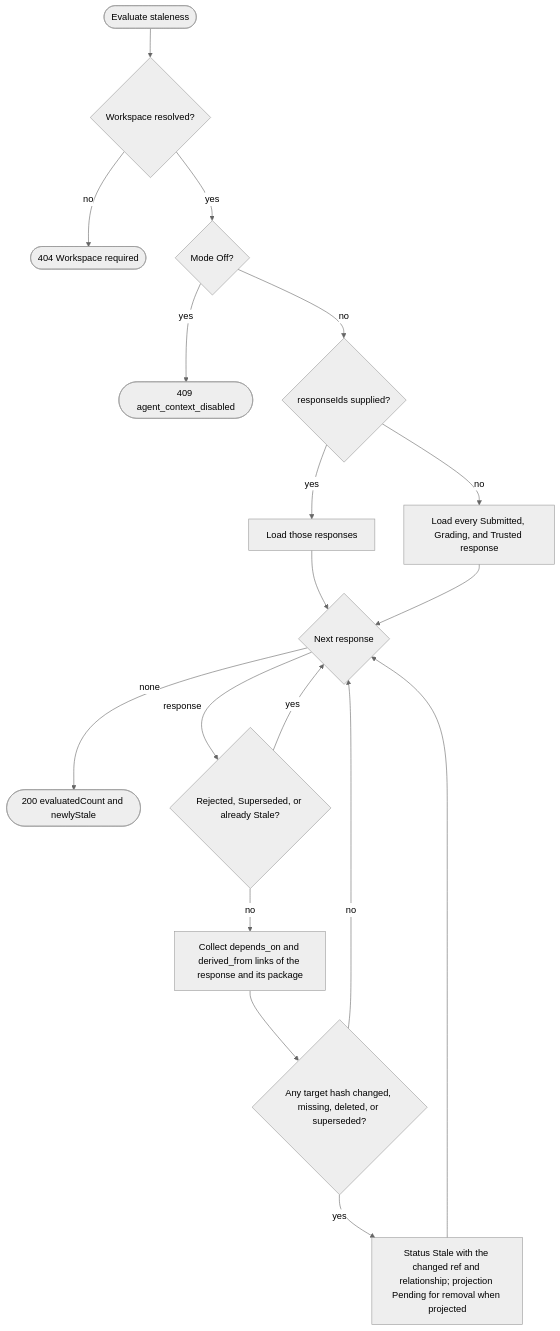
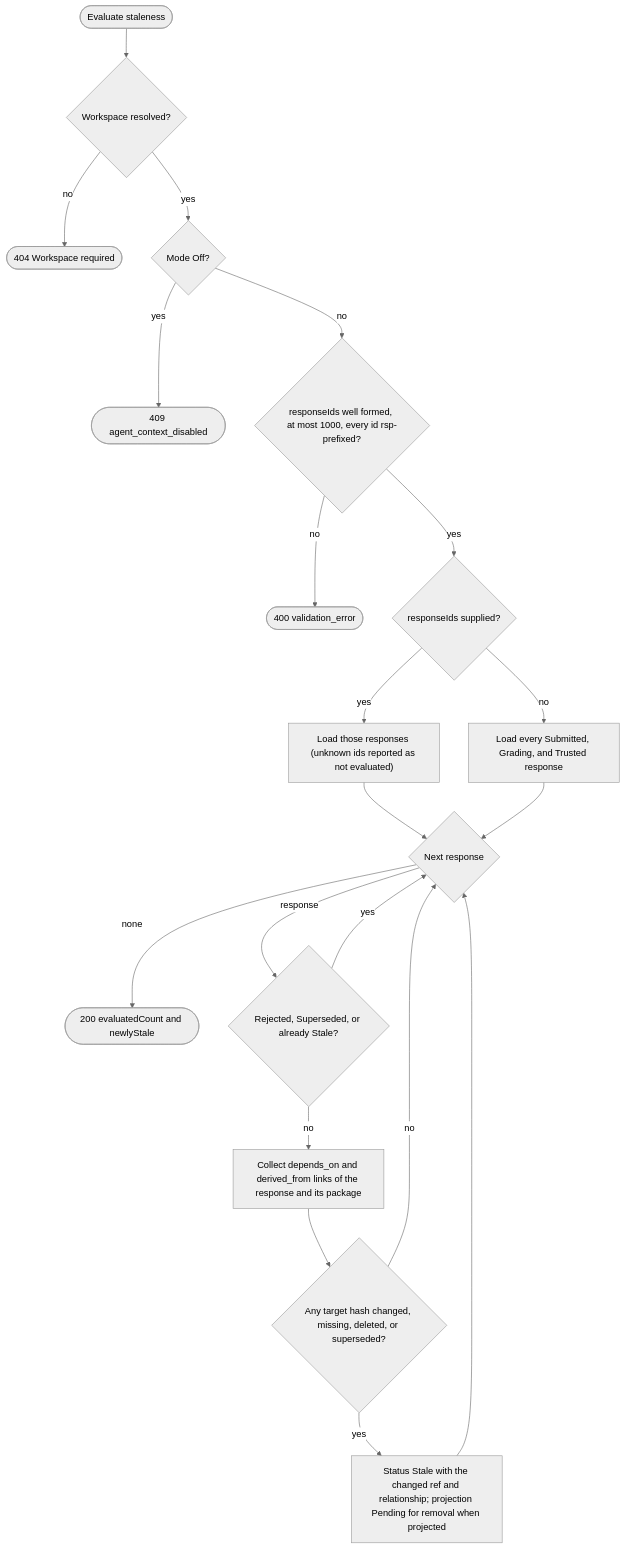
Before and after one commit to sharpninja/McpServer: diagram 16 of 59 in docs/Stateless-Agent-Context-Management.md, drawn with Mermaid (neutral theme). The commit also changed other lines of this file and 6 other files, not shown here.

````diff
--- a/docs/Stateless-Agent-Context-Management.md
+++ b/docs/Stateless-Agent-Context-Management.md
@@ -589,20 +640,22 @@
 ```mermaid
 flowchart TD
     S(["Evaluate staleness"]) --> W{"Workspace resolved?"}
     W -->|no| E0(["404 Workspace required"])
     W -->|yes| MO{"Mode Off?"}
     MO -->|yes| E1(["409 agent_context_disabled"])
-    MO -->|no| SEL{"responseIds supplied?"}
-    SEL -->|yes| L1["Load those responses"]
+    MO -->|no| VID{"responseIds well formed, at most 1000, every id rsp-prefixed?"}
+    VID -->|no| E2(["400 validation_error"])
+    VID -->|yes| SEL{"responseIds supplied?"}
+    SEL -->|yes| L1["Load those responses (unknown ids reported as not evaluated)"]
     SEL -->|no| L2["Load every Submitted, Grading, and Trusted response"]
     L1 --> NX{"Next response"}
     L2 --> NX
     NX -->|none| R(["200 evaluatedCount and newlyStale"])
     NX -->|response| TERM{"Rejected, Superseded, or already Stale?"}
     TERM -->|yes| NX
     TERM -->|no| DEP["Collect depends_on and derived_from links of the response and its package"]
     DEP --> H{"Any target hash changed, missing, deleted, or superseded?"}
     H -->|no| NX
     H -->|yes| MK["Status Stale with the changed ref and relationship; projection Pending for removal when projected"]
     MK --> NX
 ```
````
